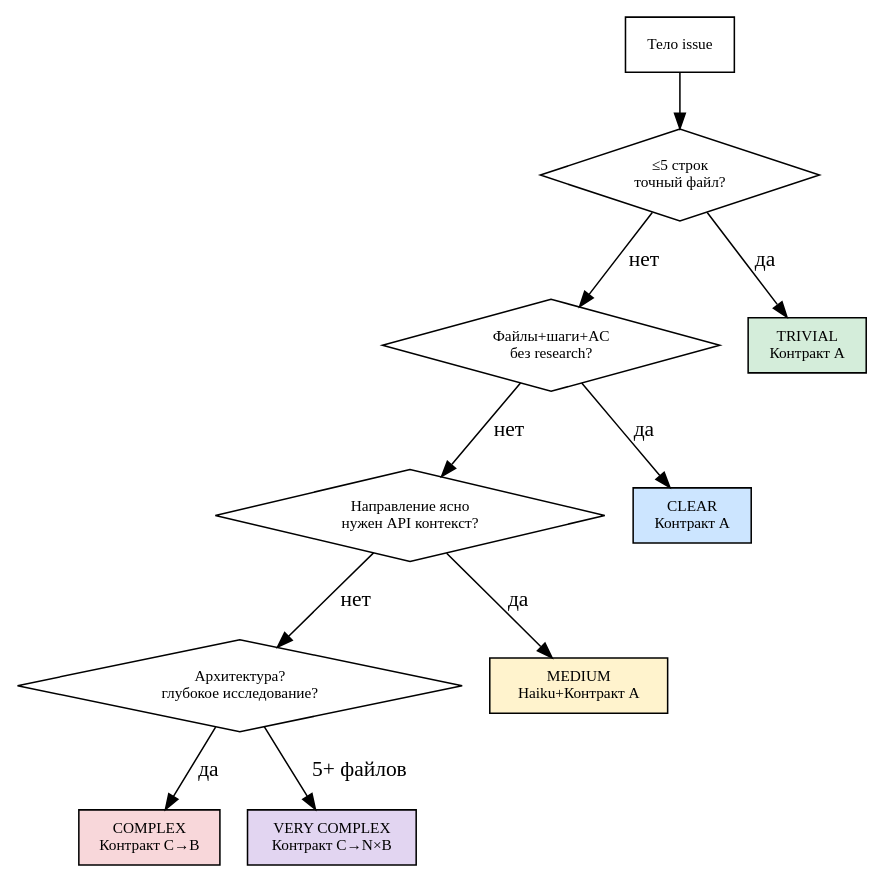
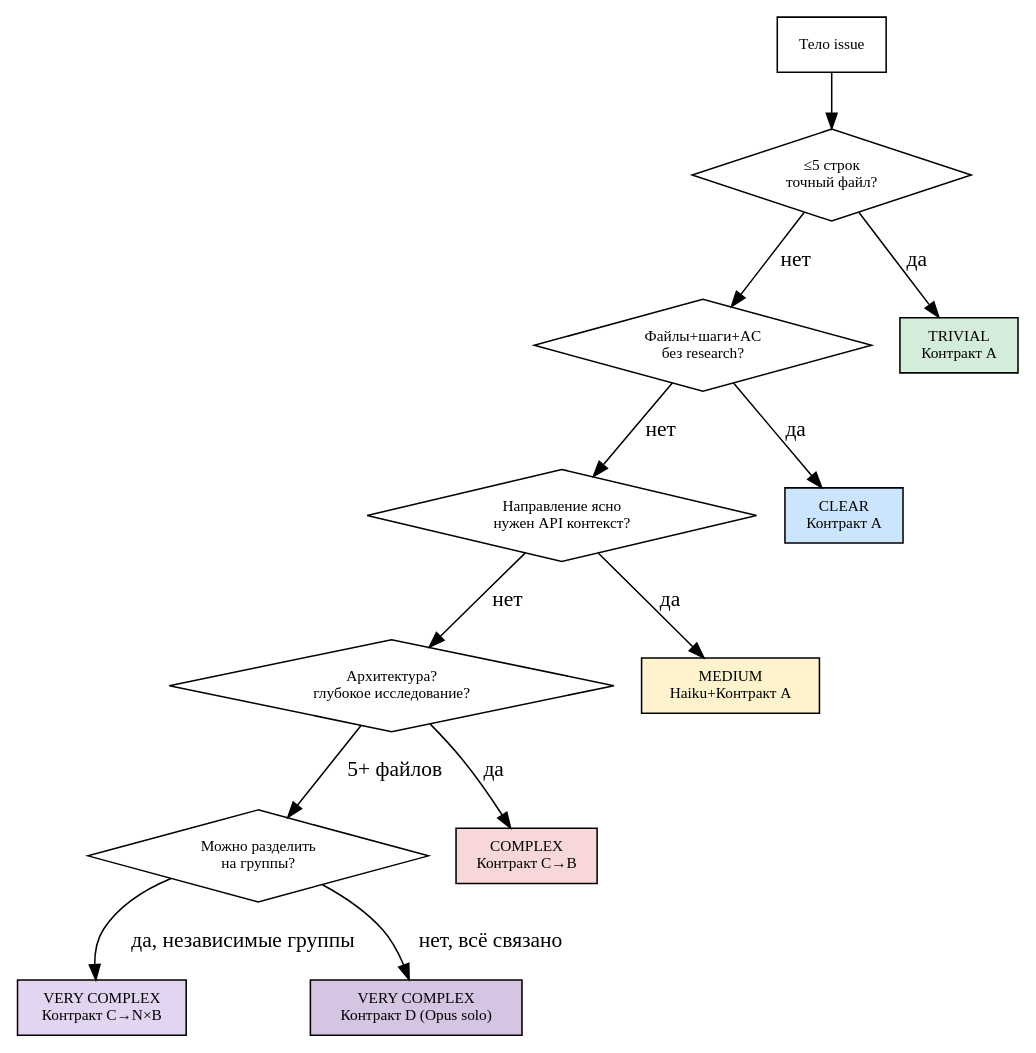
One commit to yastman/rag changed the diagram in .claude/skills/tmux-swarm-orchestration/classification.md. Above: the diagram before and after it, drawn with Graphviz. The commit also changed other lines of this file and 4 other files, not shown here.

````diff
--- a/.claude/skills/tmux-swarm-orchestration/classification.md
+++ b/.claude/skills/tmux-swarm-orchestration/classification.md
@@ -3,19 +3,22 @@
 ```dot
 digraph classify {
   rankdir=TB; node [shape=diamond, fontsize=10];
   issue [label="Тело issue", shape=box];
   q1 [label="≤5 строк\nточный файл?"];
   q2 [label="Файлы+шаги+AC\nбез research?"];
   q3 [label="Направление ясно\nнужен API контекст?"];
   q4 [label="Архитектура?\nглубокое исследование?"];
+  q5 [label="Можно разделить\nна группы?"];
   trivial [label="TRIVIAL\nКонтракт A", shape=box, style=filled, fillcolor="#d4edda"];
   clear [label="CLEAR\nКонтракт A", shape=box, style=filled, fillcolor="#cce5ff"];
   medium [label="MEDIUM\nHaiku+Контракт A", shape=box, style=filled, fillcolor="#fff3cd"];
   complex [label="COMPLEX\nКонтракт C→B", shape=box, style=filled, fillcolor="#f8d7da"];
   vcomplex [label="VERY COMPLEX\nКонтракт C→N×B", shape=box, style=filled, fillcolor="#e2d5f1"];
+  opussolo [label="VERY COMPLEX\nКонтракт D (Opus solo)", shape=box, style=filled, fillcolor="#d5c4e2"];
   issue -> q1; q1 -> trivial [label="да"]; q1 -> q2 [label="нет"];
   q2 -> clear [label="да"]; q2 -> q3 [label="нет"];
   q3 -> medium [label="да"]; q3 -> q4 [label="нет"];
-  q4 -> complex [label="да"]; q4 -> vcomplex [label="5+ файлов"];
+  q4 -> complex [label="да"]; q4 -> q5 [label="5+ файлов"];
+  q5 -> vcomplex [label="да, независимые группы"]; q5 -> opussolo [label="нет, всё связано"];
 }
 ```
````
